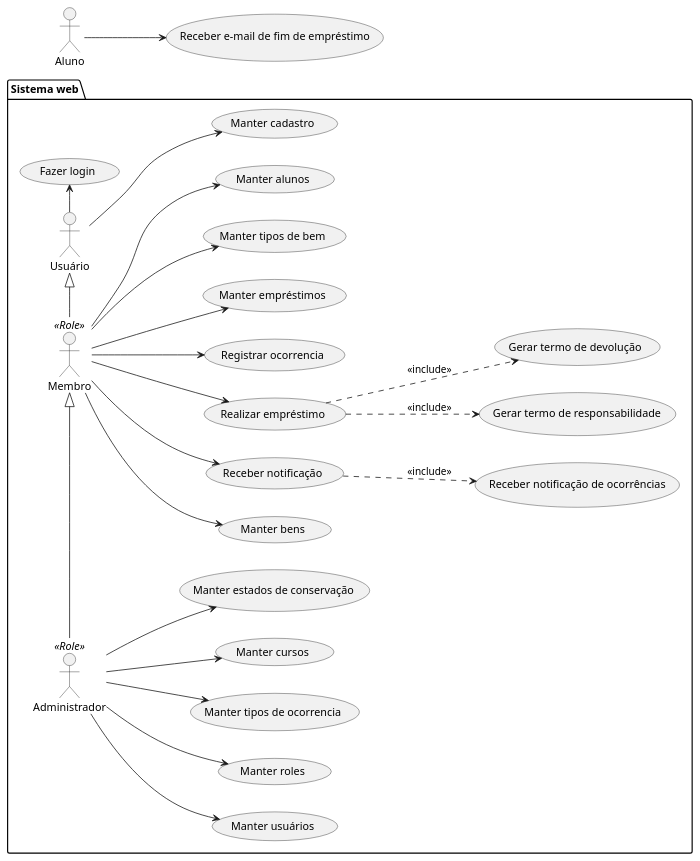
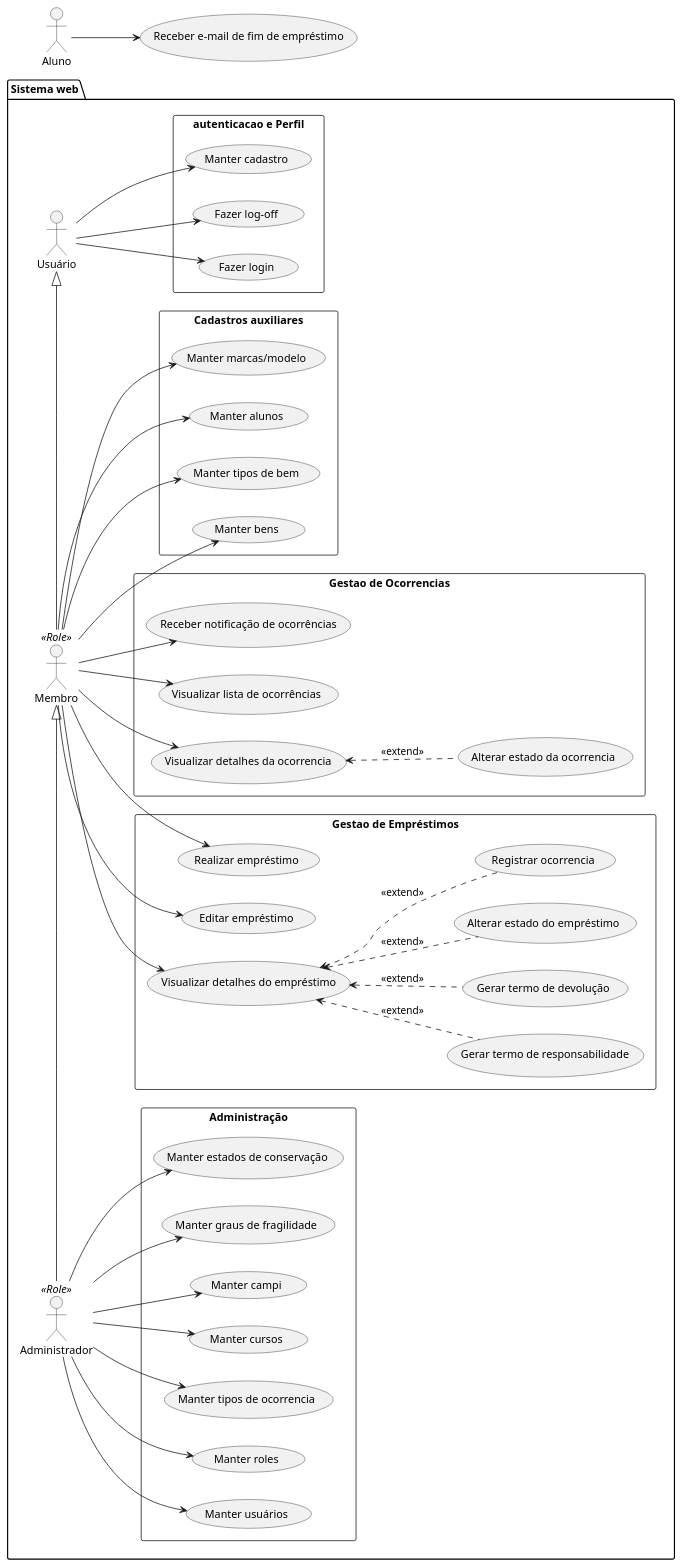
Before and after one commit to kavvata/sigemp: the diagram in plant-uml/usecases.puml, drawn with PlantUML. The commit also changed 1 other file, not shown here.

Commit message:
docs(usecase): adaptado diagrama de casos de uso para as devidas funcionalidades

```diff
--- a/plant-uml/usecases.puml
+++ b/plant-uml/usecases.puml
@@ -1,43 +1,60 @@
 @startuml usecases
   left to right direction
 
   package "Sistema web" {
     :Usuário: as user
-    :Membro: as tec <<Role>>
+    :Membro: as membro <<Role>>
     :Administrador: as admin <<Role>>
 
     /' Usuário '/
-    user -r-> (Fazer login)
-    user --> (Manter cadastro)
+    rectangle "autenticacao e Perfil" {
+        user -r-> (Fazer login)
+        user --> (Fazer log-off)
+        user --> (Manter cadastro)
+    }
 
-    /' Técnico '/
-    "Manter bens" as (crudbens)
-    "Receber notificação" as (notificacao)
-    "Realizar empréstimo" as (emp)
-    "Registrar ocorrencia" as (oco)
-    tec -r-|> user
-    tec --> (Manter empréstimos)
-    tec --> crudbens
-    tec --> notificacao
-    tec --> oco
-    tec --> emp
-    tec --> (Manter tipos de bem)
-    tec --> (Manter alunos)
-    emp ..> (Gerar termo de responsabilidade) :<<include>>
-    emp ..> (Gerar termo de devolução) :<<include>>
+    /' Membro '/
+    membro -r-|> user
+    rectangle "Gestao de Empréstimos" {
+        "Visualizar detalhes do empréstimo" as (empdetail)
+        membro --> empdetail
+        membro --> (Editar empréstimo)
+        membro --> (Realizar empréstimo)
+        empdetail <.. (Gerar termo de responsabilidade) : <<extend>>
+        empdetail <.. (Gerar termo de devolução) : <<extend>>
+        empdetail <.. (Alterar estado do empréstimo) : <<extend>>
+        empdetail <.. (Registrar ocorrencia) : <<extend>>
+    }
 
-    notificacao ..> (Receber notificação de ocorrências) : <<include>>
+    rectangle "Gestao de Ocorrencias" {
+        "Visualizar detalhes da ocorrencia" as (occdetail)
+        membro --> (Visualizar lista de ocorrências)
+        membro --> occdetail
+        membro --> (Receber notificação de ocorrências)
+        occdetail <.. (Alterar estado da ocorrencia) : <<extend>>
+    }
+
+    rectangle "Cadastros auxiliares" {
+        membro --> (Manter bens)
+        membro --> (Manter tipos de bem)
+        membro --> (Manter alunos)
+        membro --> (Manter marcas/modelo)
+    }
+
 
     /' Administrador '/
-    admin -|> tec
-    admin --> (Manter usuários)
-    admin --> (Manter roles)
-    
-    admin --> (Manter tipos de ocorrencia)
-    admin --> (Manter cursos)
-    admin --> (Manter estados de conservação)
+    rectangle "Administração" {
+        admin -|> membro
+        admin --> (Manter usuários)
+        admin --> (Manter roles)
+        admin --> (Manter tipos de ocorrencia)
+        admin --> (Manter cursos)
+        admin --> (Manter campi)
+        admin --> (Manter graus de fragilidade)
+        admin --> (Manter estados de conservação)
+    }
   }
 
   :Aluno: as aluno
   aluno --> (Receber e-mail de fim de empréstimo)
 @enduml
```
